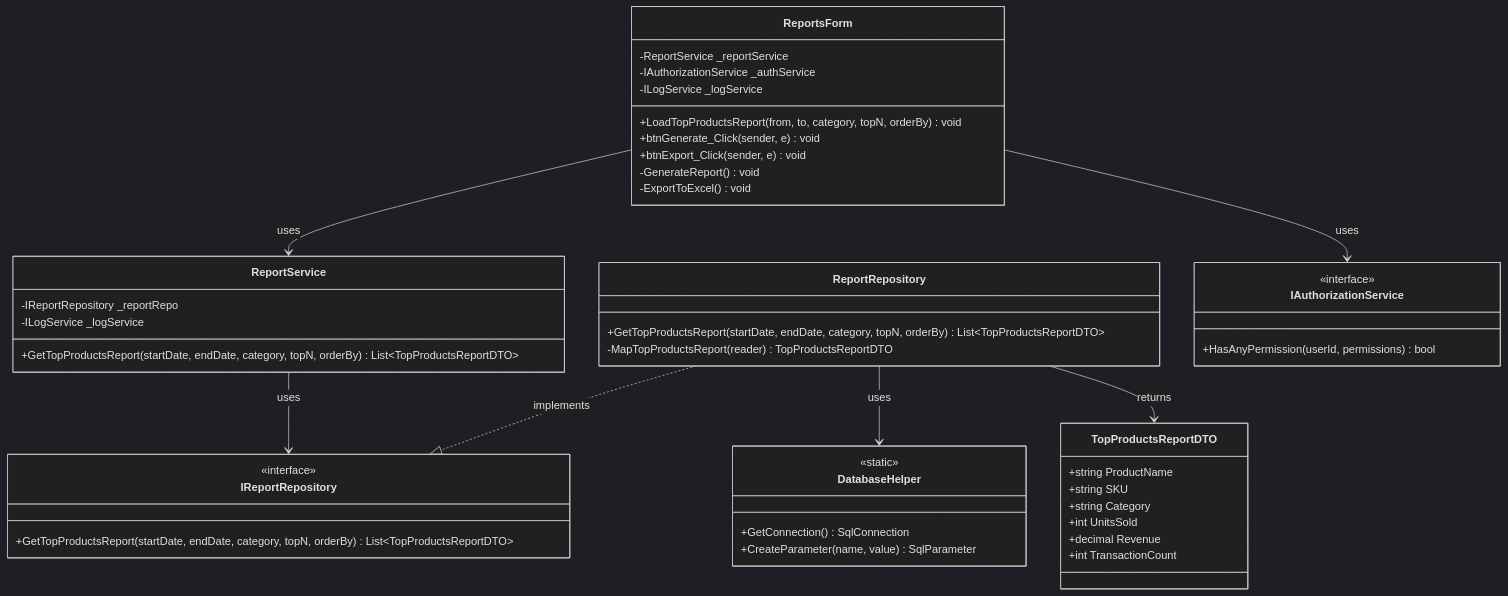
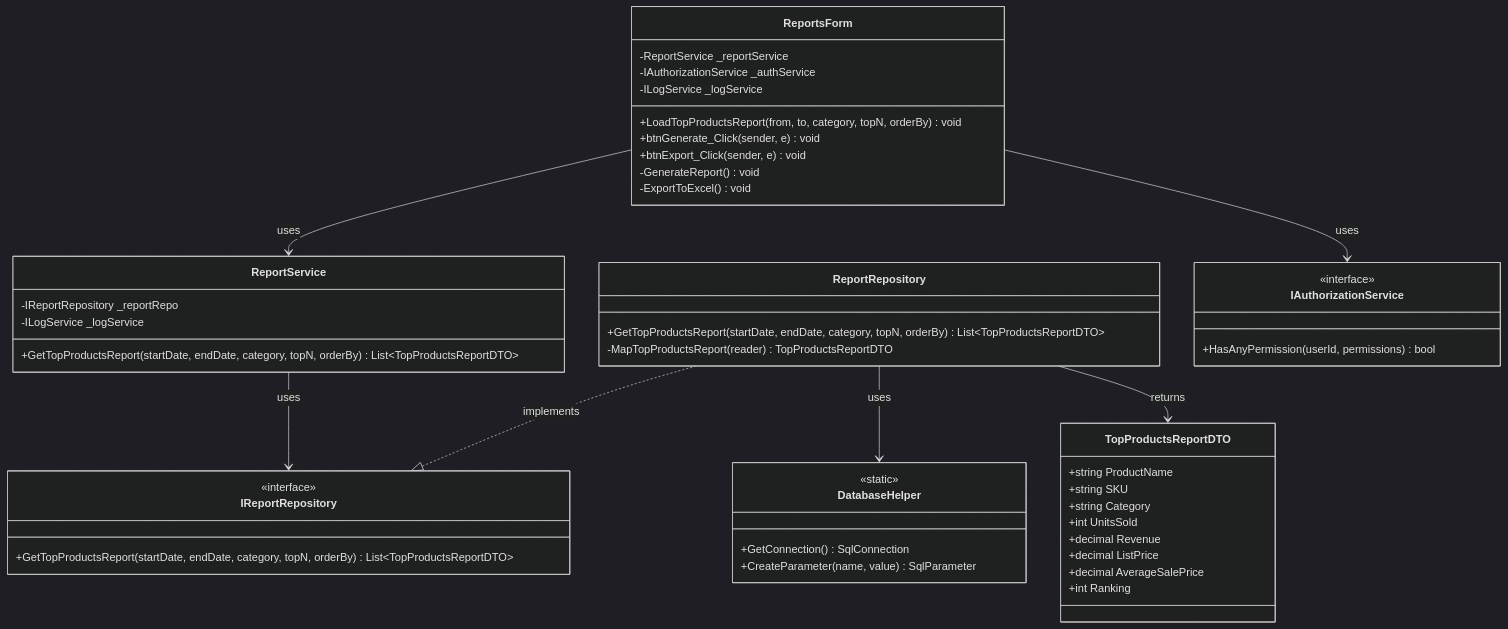
One commit to nahuk86/tp_diploma_nk_2026 changed the seventh of 7 diagrams in Documentation/UML_Diagrams/09_Reports_Management_Process_Class_Diagram.md. Above: the diagram before and after it, drawn with Mermaid (dark theme). The commit also changed other lines of this file and 4 other files, not shown here.

Commit message:
Update UML diagrams 08-12 to reflect actual implementation

````diff
--- a/Documentation/UML_Diagrams/09_Reports_Management_Process_Class_Diagram.md
+++ b/Documentation/UML_Diagrams/09_Reports_Management_Process_Class_Diagram.md
@@ -268,56 +273,58 @@
 ```mermaid
 classDiagram
     class ReportsForm {
         -ReportService _reportService
         -IAuthorizationService _authService
         -ILogService _logService
         +LoadTopProductsReport(from, to, category, topN, orderBy) void
         +btnGenerate_Click(sender, e) void
         +btnExport_Click(sender, e) void
         -GenerateReport() void
         -ExportToExcel() void
     }
 
     class ReportService {
         -IReportRepository _reportRepo
         -ILogService _logService
         +GetTopProductsReport(startDate, endDate, category, topN, orderBy) List~TopProductsReportDTO~
     }
 
     class IReportRepository {
         <<interface>>
         +GetTopProductsReport(startDate, endDate, category, topN, orderBy) List~TopProductsReportDTO~
     }
 
     class ReportRepository {
         +GetTopProductsReport(startDate, endDate, category, topN, orderBy) List~TopProductsReportDTO~
         -MapTopProductsReport(reader) TopProductsReportDTO
     }
 
     class DatabaseHelper {
         <<static>>
         +GetConnection() SqlConnection
         +CreateParameter(name, value) SqlParameter
     }
 
     class IAuthorizationService {
         <<interface>>
         +HasAnyPermission(userId, permissions) bool
     }
 
     class TopProductsReportDTO {
         +string ProductName
         +string SKU
         +string Category
         +int UnitsSold
         +decimal Revenue
-        +int TransactionCount
+        +decimal ListPrice
+        +decimal AverageSalePrice
+        +int Ranking
     }
 
     ReportsForm --> ReportService : uses
     ReportsForm --> IAuthorizationService : uses
     ReportService --> IReportRepository : uses
     ReportRepository ..|> IReportRepository : implements
     ReportRepository --> DatabaseHelper : uses
     ReportRepository --> TopProductsReportDTO : returns
 ```
````
